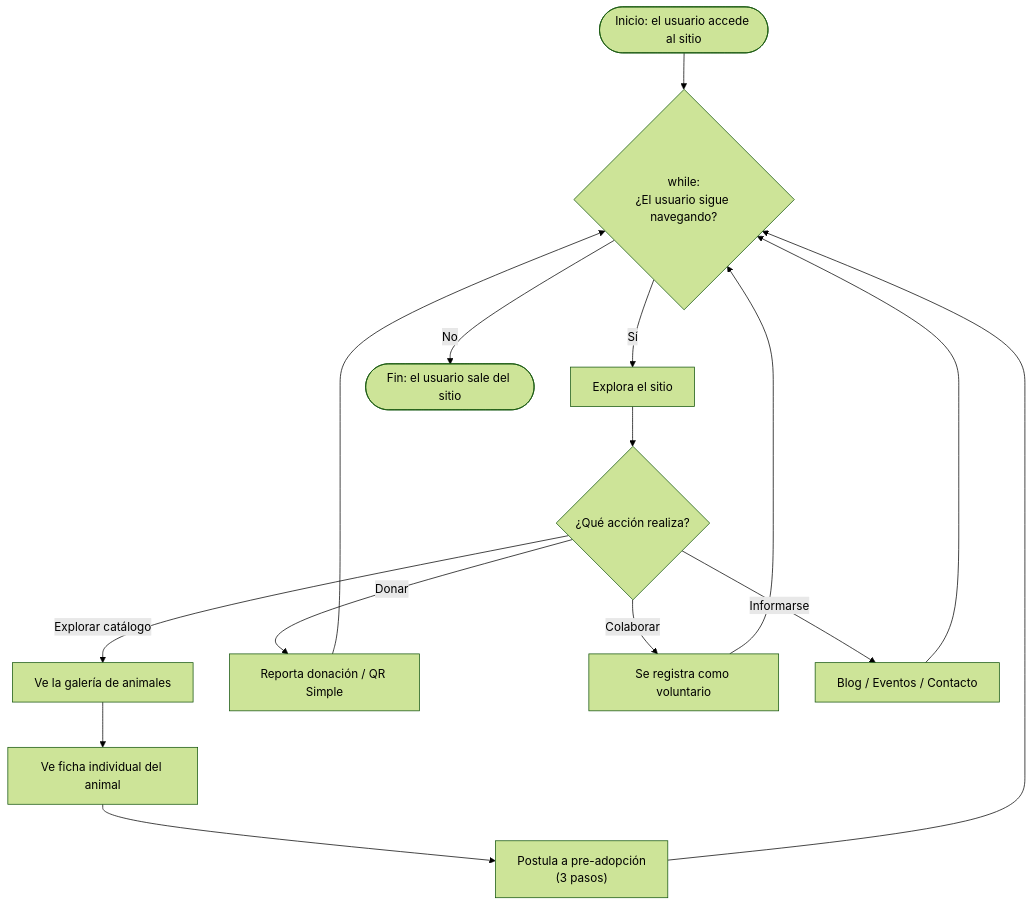
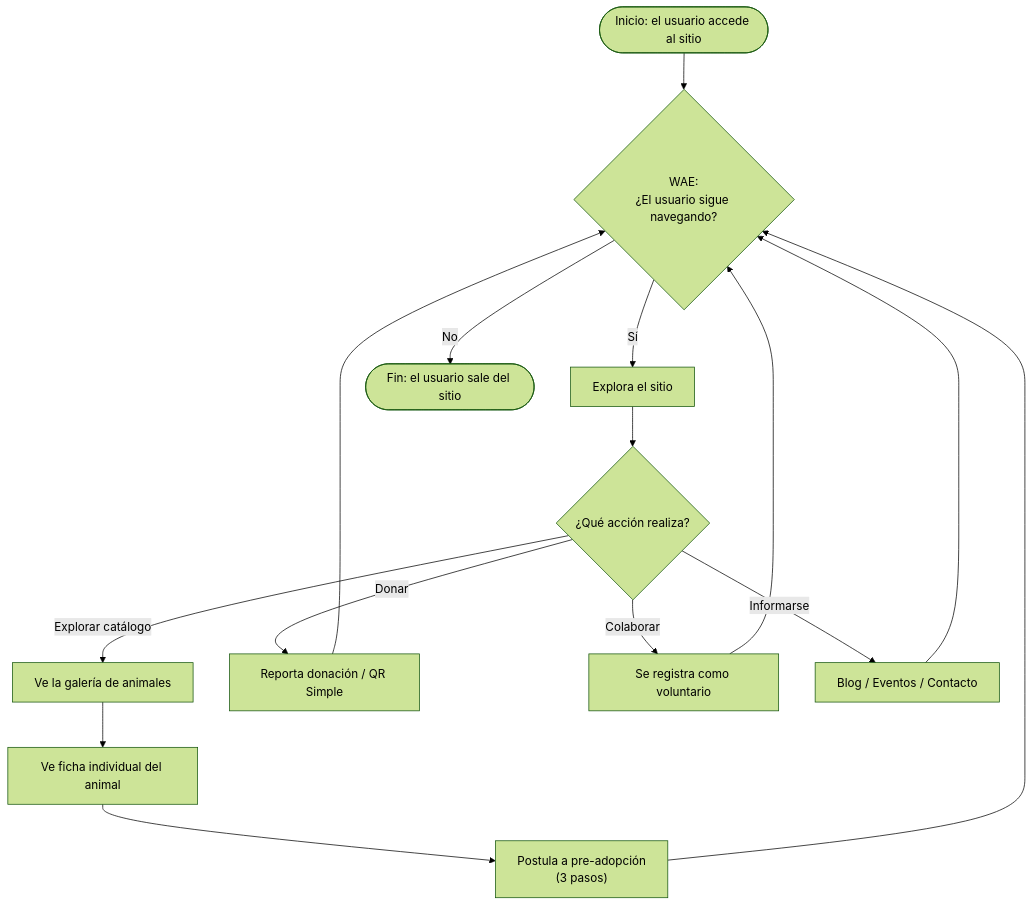
The first of 2 diagrams in docs/TDR_Diagrama_While_Peluchin.md (TrynaFindMimi/gestion-proyectos), drawn with Mermaid (forest theme) before and after one commit. The commit also changed other lines of this file, not shown here.

Commit message:
Correccion de while a WAE

````diff
--- a/docs/TDR_Diagrama_While_Peluchin.md
+++ b/docs/TDR_Diagrama_While_Peluchin.md
@@ -30,21 +30,21 @@
 ```mermaid
 flowchart TD
-    INICIO([Inicio: el usuario accede al sitio]) --> W{"while:<br/>¿El usuario sigue navegando?"}
+    INICIO([Inicio: el usuario accede al sitio]) --> W{"WAE:<br/>¿El usuario sigue navegando?"}
     W -->|Sí| NAV[Explora el sitio]
     NAV --> ACC{¿Qué acción realiza?}
 
     ACC -->|Explorar catálogo| CAT[Ve la galería de animales]
     CAT --> FICHA[Ve ficha individual del animal]
     FICHA --> POST["Postula a pre-adopción<br/>(3 pasos)"]
 
     ACC -->|Donar| DON[Reporta donación / QR Simple]
     ACC -->|Colaborar| VOL[Se registra como voluntario]
     ACC -->|Informarse| INFO[Blog / Eventos / Contacto]
 
     POST --> W
     DON --> W
     VOL --> W
     INFO --> W
 
     W -->|No| FIN([Fin: el usuario sale del sitio])
 ```
````
